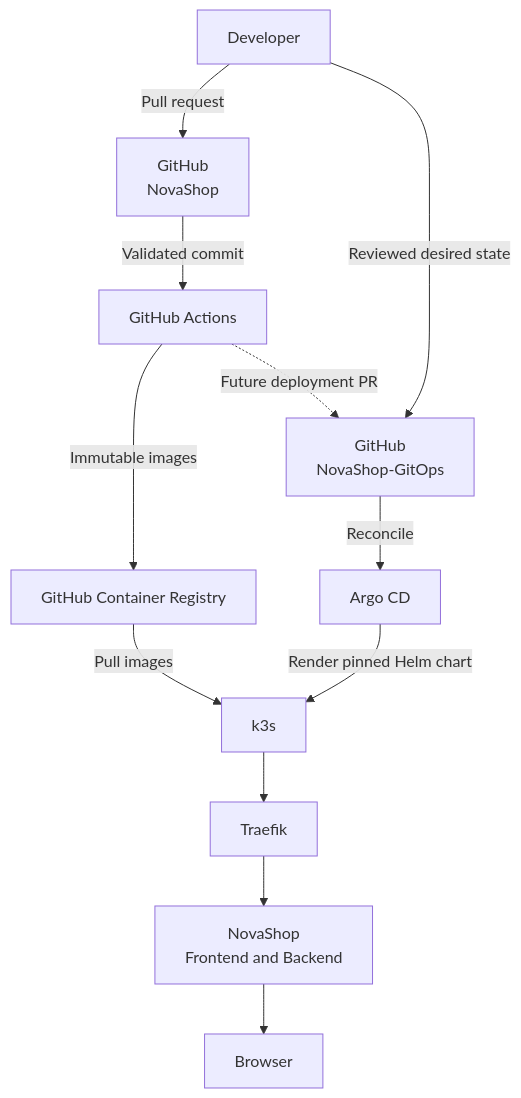
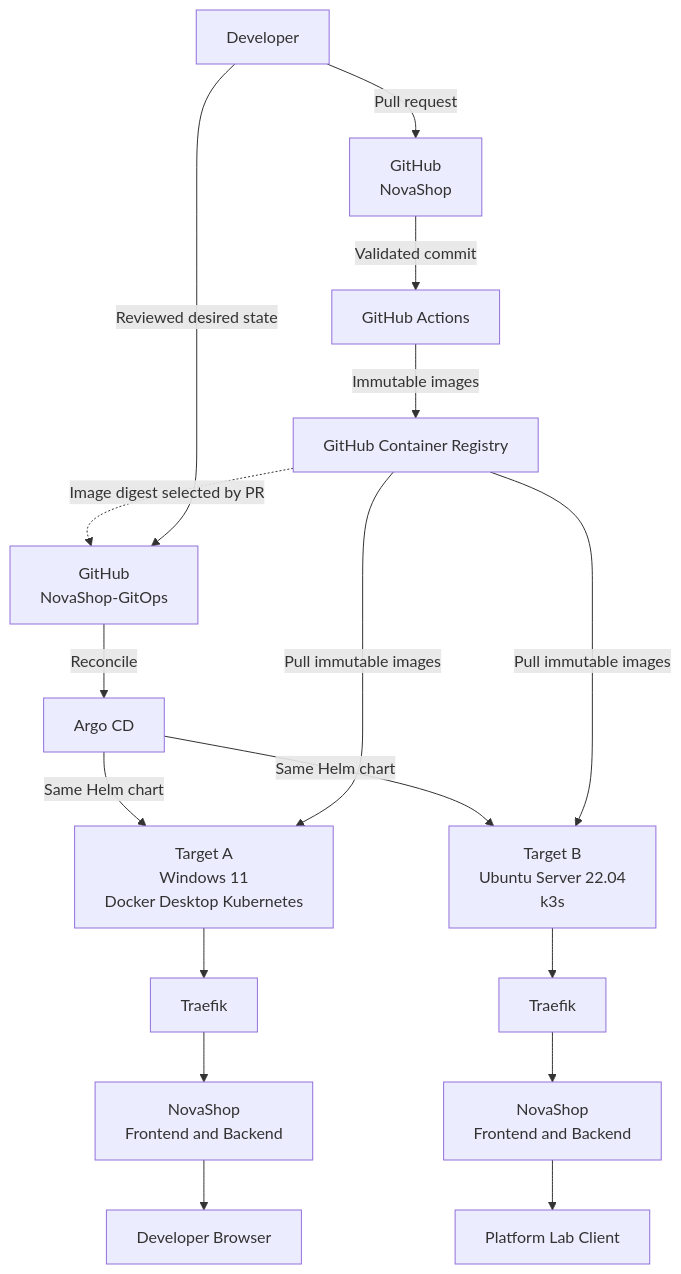
Before and after one commit to nguyenlpn2015/NovaShop: the diagram in diagrams/GITOPS_RUNTIME.md, drawn with Mermaid. The commit also changed 26 other files, not shown here.

First line of the commit message:
feat(platform): implement Deployment Targets A and B (#8)

````diff
--- a/diagrams/GITOPS_RUNTIME.md
+++ b/diagrams/GITOPS_RUNTIME.md
@@ -3,25 +3,30 @@
 ```mermaid
 flowchart TD
     developer[Developer]
     github[GitHub<br/>NovaShop]
     actions[GitHub Actions]
     ghcr[GitHub Container Registry]
     gitops[GitHub<br/>NovaShop-GitOps]
     argocd[Argo CD]
-    k3s[k3s]
-    traefik[Traefik]
-    novashop[NovaShop<br/>Frontend and Backend]
-    browser[Browser]
+    targetA[Target A<br/>Windows 11<br/>Docker Desktop Kubernetes]
+    targetB[Target B<br/>Ubuntu Server 22.04<br/>k3s]
+    traefikA[Traefik]
+    traefikB[Traefik]
+    novashopA[NovaShop<br/>Frontend and Backend]
+    novashopB[NovaShop<br/>Frontend and Backend]
+    browserA[Developer Browser]
+    browserB[Platform Lab Client]
 
     developer -->|Pull request| github
     github -->|Validated commit| actions
     actions -->|Immutable images| ghcr
-    actions -.->|Future deployment PR| gitops
+    ghcr -.->|Image digest selected by PR| gitops
     developer -->|Reviewed desired state| gitops
     gitops -->|Reconcile| argocd
-    argocd -->|Render pinned Helm chart| k3s
-    ghcr -->|Pull images| k3s
-    k3s --> traefik
-    traefik --> novashop
-    novashop --> browser
+    argocd -->|Same Helm chart| targetA
+    argocd -->|Same Helm chart| targetB
+    ghcr -->|Pull immutable images| targetA
+    ghcr -->|Pull immutable images| targetB
+    targetA --> traefikA --> novashopA --> browserA
+    targetB --> traefikB --> novashopB --> browserB
 ```
````
